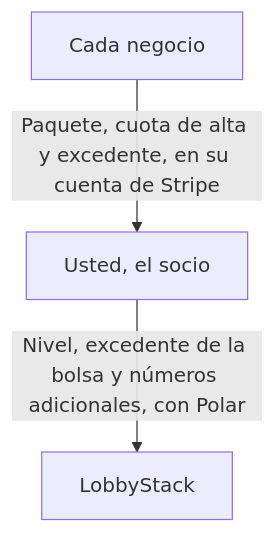
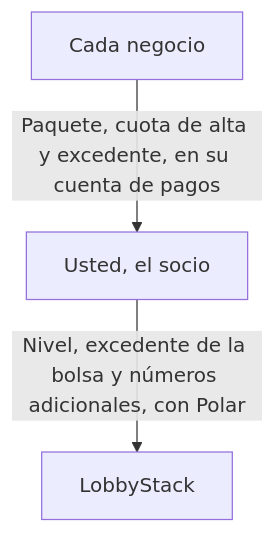
Before and after one commit to lobbystack/lobbystack: the diagram in mintlify/es/white-label/overview.mdx, drawn with Mermaid. The commit also changed other lines of this file and 29 other files, not shown here.

````diff
--- a/mintlify/es/white-label/overview.mdx
+++ b/mintlify/es/white-label/overview.mdx
@@ -61,5 +61,5 @@
 ```mermaid
 flowchart TD
-  business["Cada negocio"] -- "Paquete, cuota de alta y excedente, en su cuenta de Stripe" --> partner["Usted, el socio"]
+  business["Cada negocio"] -- "Paquete, cuota de alta y excedente, en su cuenta de pagos" --> partner["Usted, el socio"]
   partner -- "Nivel, excedente de la bolsa y números adicionales, con Polar" --> host["LobbyStack"]
 ```
````
